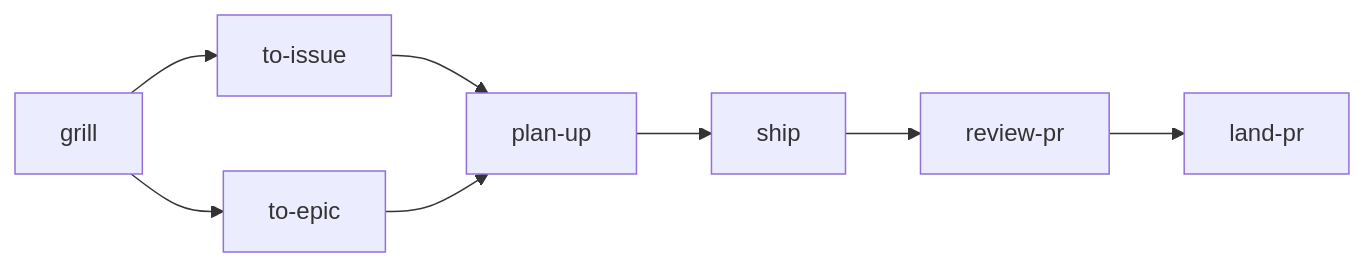
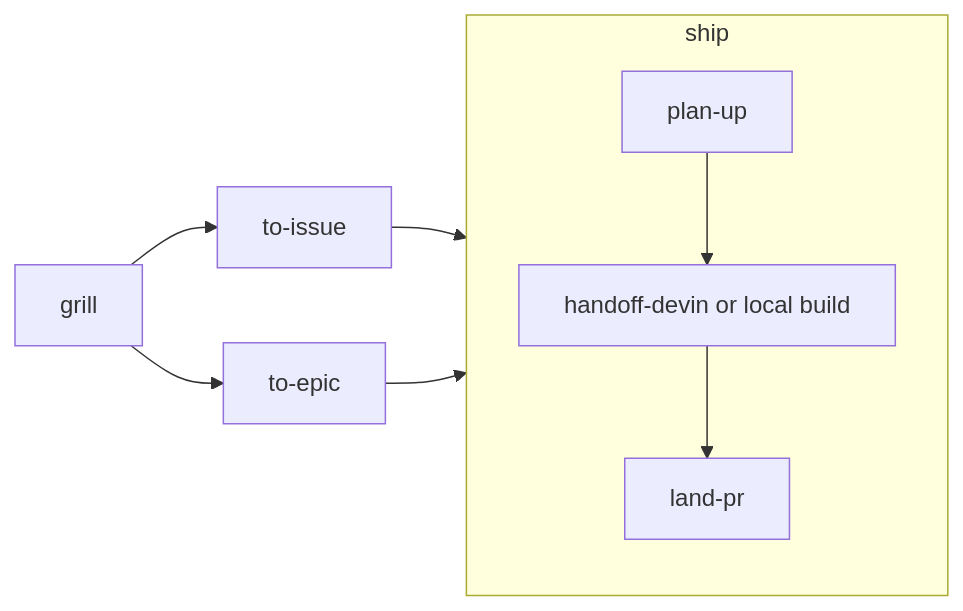
Before and after one commit to linhvu0711/skills: the diagram in README.md, drawn with Mermaid. The commit also changed other lines of this file, not shown here.

Commit message:
docs: show ship as the box that runs plan-up to land-pr

````diff
--- a/README.md
+++ b/README.md
@@ -9,8 +9,10 @@
 ```mermaid
 flowchart LR
   grill --> toissue[to-issue]
   grill --> toepic[to-epic]
-  toissue --> planup[plan-up]
-  toepic --> planup
-  planup --> ship --> reviewpr[review-pr] --> landpr[land-pr]
+  toissue --> ship
+  toepic --> ship
+  subgraph ship
+    planup[plan-up] --> build[handoff-devin or local build] --> landpr[land-pr]
+  end
 ```
````
